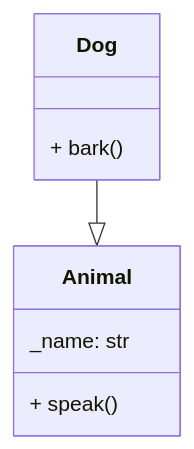
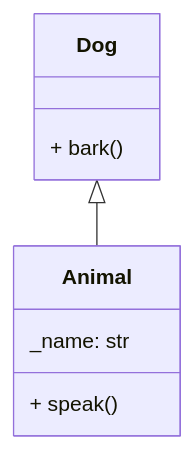
One commit to fegonzalez7/poo_unal_clase9 changed the second of 7 diagrams in README.md. Above: the diagram before and after it, drawn with Mermaid. The commit also changed other lines of this file, not shown here.

Commit message:
cambios diagramas 2

````diff
--- a/README.md
+++ b/README.md
@@ -50,11 +50,11 @@
 ```mermaid
 classDiagram
 class Animal {
   _name: str
   + speak() 
 }
 class Dog {
   + bark()
 }
-Dog --|> Animal
+Dog <|-- Animal
 ```
````
